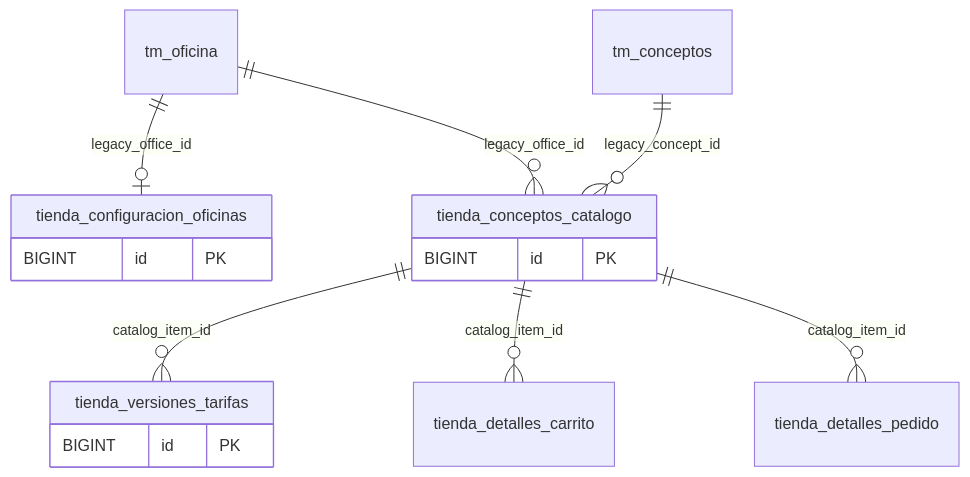
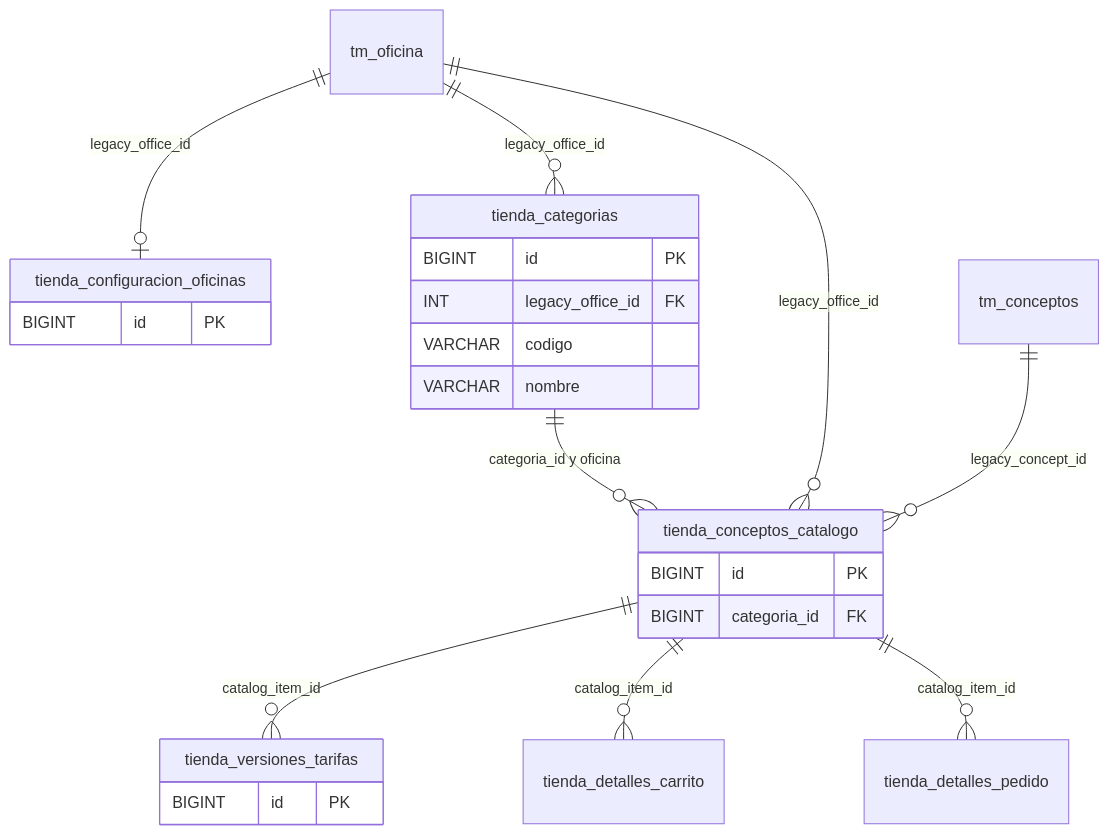
One commit to JIMMY1012102/UNDC-Pagos-Posgrado changed the diagram in docs/modelo-datos/02_CATALOGO.md. Above: the diagram before and after it, drawn with Mermaid. The commit also changed other lines of this file and 17 other files, not shown here.

````diff
--- a/docs/modelo-datos/02_CATALOGO.md
+++ b/docs/modelo-datos/02_CATALOGO.md
@@ -5,18 +5,27 @@
 ```mermaid
 erDiagram
   tienda_configuracion_oficinas {
     BIGINT id PK
   }
+  tienda_categorias {
+    BIGINT id PK
+    INT legacy_office_id FK
+    VARCHAR codigo
+    VARCHAR nombre
+  }
   tienda_conceptos_catalogo {
     BIGINT id PK
+    BIGINT categoria_id FK
   }
   tienda_versiones_tarifas {
     BIGINT id PK
   }
   tm_oficina ||--o| tienda_configuracion_oficinas : "legacy_office_id"
+  tm_oficina ||--o{ tienda_categorias : "legacy_office_id"
+  tienda_categorias ||--o{ tienda_conceptos_catalogo : "categoria_id y oficina"
   tm_oficina ||--o{ tienda_conceptos_catalogo : "legacy_office_id"
   tm_conceptos ||--o{ tienda_conceptos_catalogo : "legacy_concept_id"
   tienda_conceptos_catalogo ||--o{ tienda_versiones_tarifas : "catalog_item_id"
   tienda_conceptos_catalogo ||--o{ tienda_detalles_carrito : "catalog_item_id"
   tienda_conceptos_catalogo ||--o{ tienda_detalles_pedido : "catalog_item_id"
 ```
````
